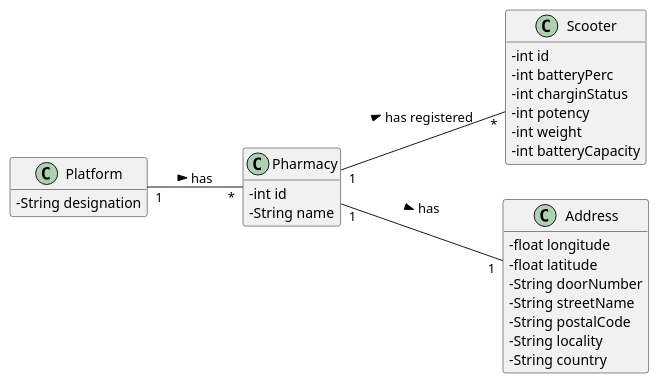
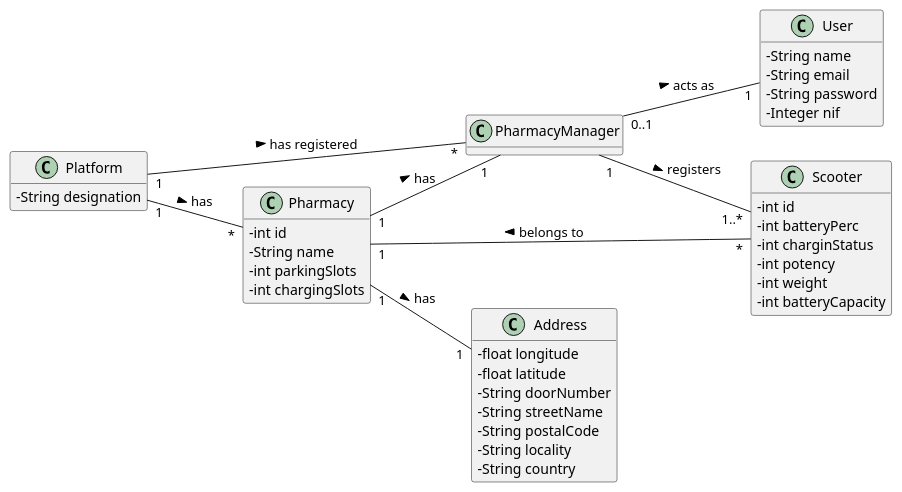
Before and after one commit to tiagoavcosta25/LAPR3: the diagram in docs/Iteration 1/Scooter Management/US21_RegisterScooter/US21_DM.puml, drawn with PlantUML. The commit also changed 7 other files, not shown here.

```diff
--- a/docs/Iteration 1/Scooter Management/US21_RegisterScooter/US21_DM.puml
+++ b/docs/Iteration 1/Scooter Management/US21_RegisterScooter/US21_DM.puml
@@ -1,39 +1,55 @@
 @startuml
 skinparam classAttributeIconSize 0
 hide methods
 left to right direction
 
 class Platform {
   -String designation
 }
 
 class Pharmacy {
   -int id
   -String name
+  -int parkingSlots
+  -int chargingSlots
+}
+
+class User{
+-   String name
+-   String email
+-   String password
+-   Integer nif
+}
+
+class PharmacyManager {
 }
 
 class Scooter{
   -int id
   -int batteryPerc
   -int charginStatus
   -int potency
   -int weight
   -int batteryCapacity
 }
 
 class Address{
   -float longitude
   -float latitude
   -String doorNumber
   -String streetName
   -String postalCode
   -String locality
   -String country
 }
 
 
 
 Platform "1" -- "*" Pharmacy : has >
-Pharmacy "1" -- "*" Scooter : has registered >
+Platform "1" -- "*" PharmacyManager : has registered >
+PharmacyManager "0..1" -- "1" User: acts as >
+PharmacyManager "1" -- "1..*" Scooter : registers >
+Pharmacy "1" -- "1" PharmacyManager : has >
+Scooter "*" -- "1" Pharmacy : belongs to >
 Pharmacy "1" -- "1" Address : has >
 @enduml
```
